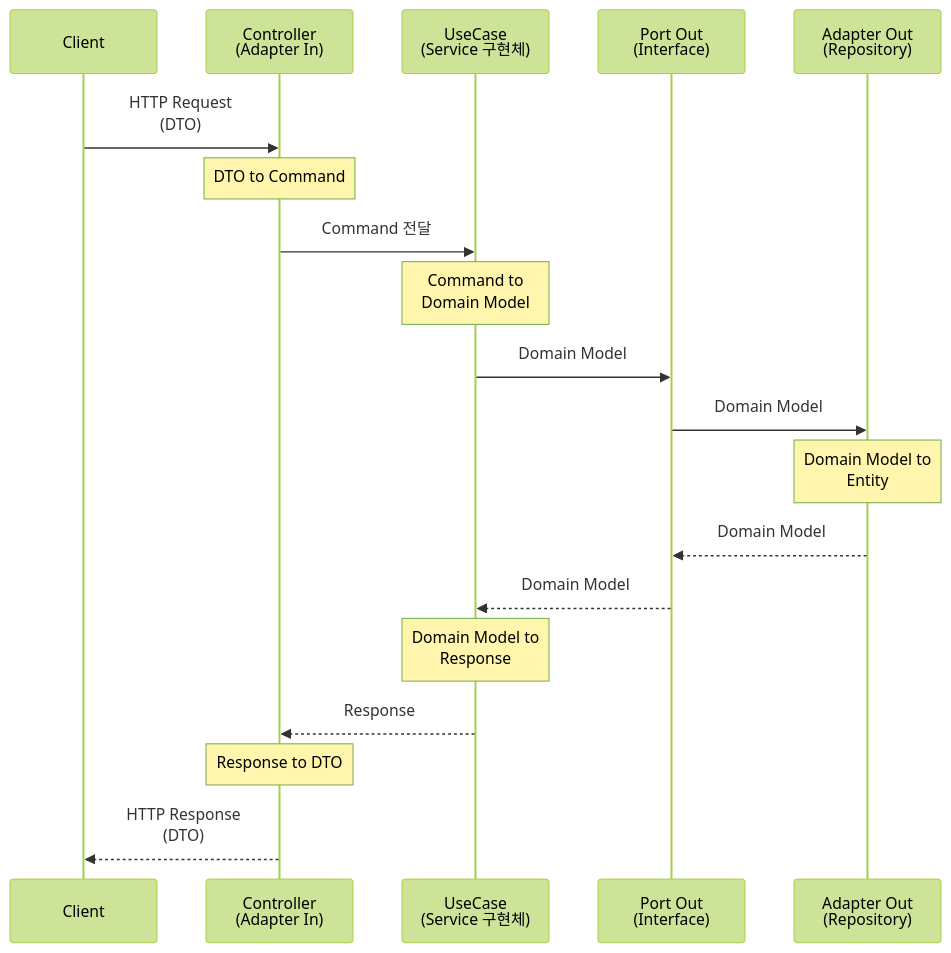
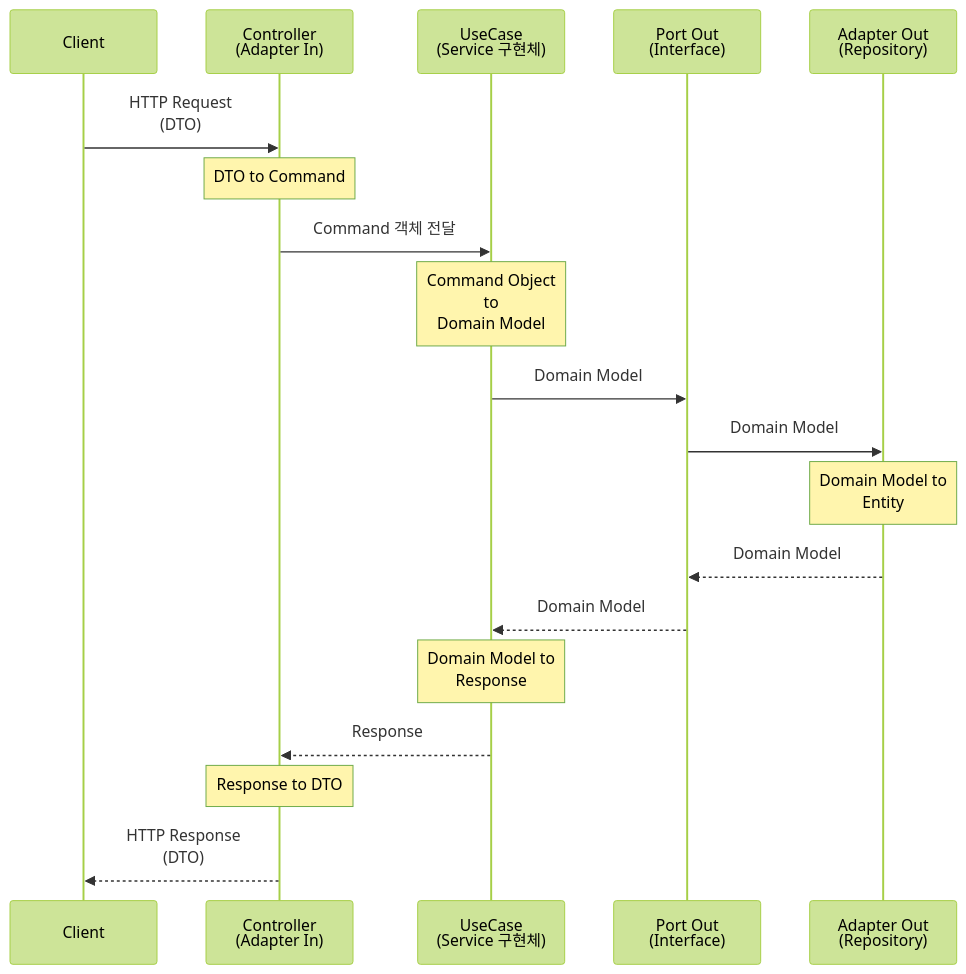
One commit to swings134man/spring-essential changed the diagram in hexagonal-kotlin/README.md. Above: the diagram before and after it, drawn with Mermaid (forest theme). The commit also changed 7 other files, not shown here.

First line of the commit message:
fix: Controller(Adapter) -> UseCase 객체 전달 변경 Command 객체 전달

````diff
--- a/hexagonal-kotlin/README.md
+++ b/hexagonal-kotlin/README.md
@@ -37,28 +37,28 @@
 ```mermaid
 sequenceDiagram
     participant Client
     participant Controller as Controller<br/>(Adapter In)
     participant UseCase as UseCase<br/>(Service 구현체)
     participant OutPort as Port Out<br/>(Interface)
     participant AdapterOut as Adapter Out<br/>(Repository)
 
     Client->>Controller: HTTP Request<br/>(DTO)
     Note over Controller: DTO to Command
     
-    Controller->>UseCase: Command 전달
-    Note over UseCase: Command to<br/>Domain Model
+    Controller->>UseCase: Command 객체 전달
+    Note over UseCase: Command Object<br/> to<br/>Domain Model
     
     UseCase->>OutPort: Domain Model
     OutPort->>AdapterOut: Domain Model
     
     Note over AdapterOut: Domain Model to<br/>Entity
     
     AdapterOut-->>OutPort: Domain Model
     OutPort-->>UseCase: Domain Model
     
     Note over UseCase: Domain Model to<br/>Response
     UseCase-->>Controller: Response
     
     Note over Controller: Response to DTO
     Controller-->>Client: HTTP Response<br/>(DTO)
 ```
````
